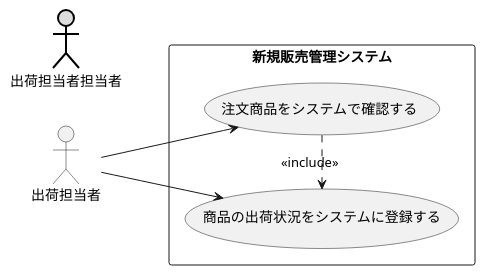
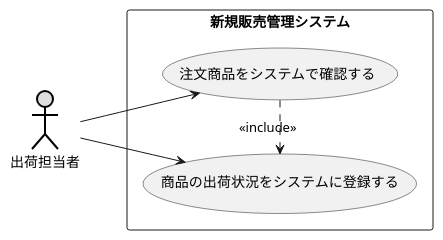
One commit to Shuma323/UML_inatroduction changed the diagram in 演習2-5_盛岡商事_販売管理システム.pu. Above: the diagram before and after it, drawn with PlantUML.

Commit message:
演習の修正

```diff
--- a/演習2-5_盛岡商事_販売管理システム.pu
+++ b/演習2-5_盛岡商事_販売管理システム.pu
@@ -1,11 +1,11 @@
 @startuml 盛岡商事
 left to right direction
-actor 出荷担当者担当者#DDDDDD;line:black;line.bold;
+actor 出荷担当者#DDDDDD;line:black;line.bold;
 rectangle 新規販売管理システム {
 usecase 注文商品をシステムで確認する
 usecase 商品の出荷状況をシステムに登録する 
 }
 注文商品をシステムで確認する .> 商品の出荷状況をシステムに登録する : <<include>>
 出荷担当者 --> 注文商品をシステムで確認する
 出荷担当者 -->商品の出荷状況をシステムに登録する
 @endum
```
